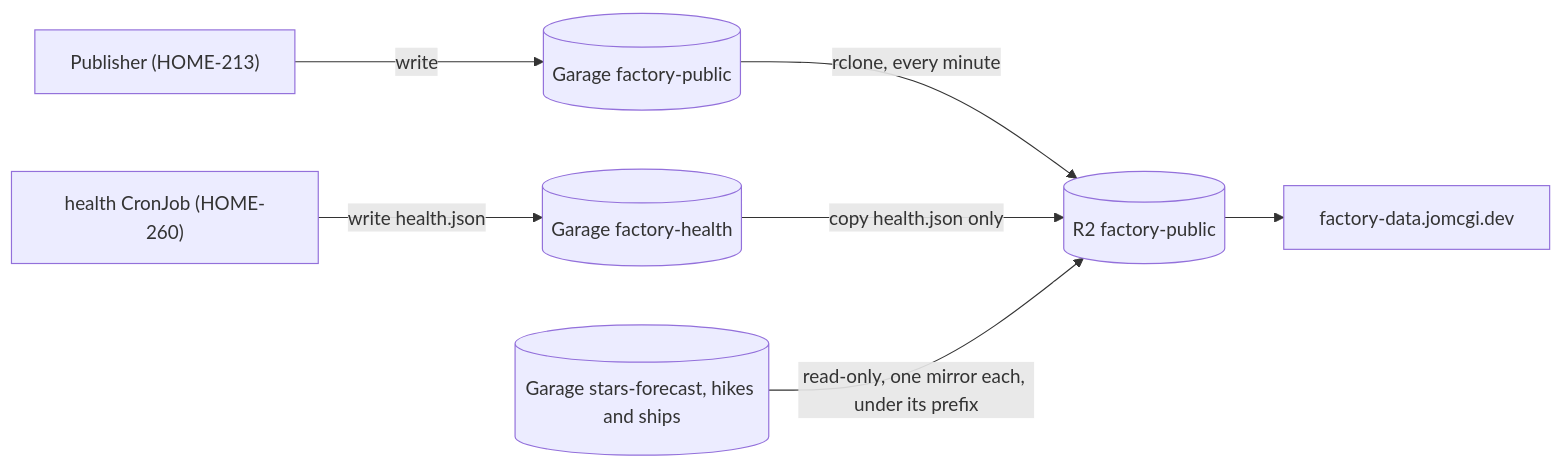
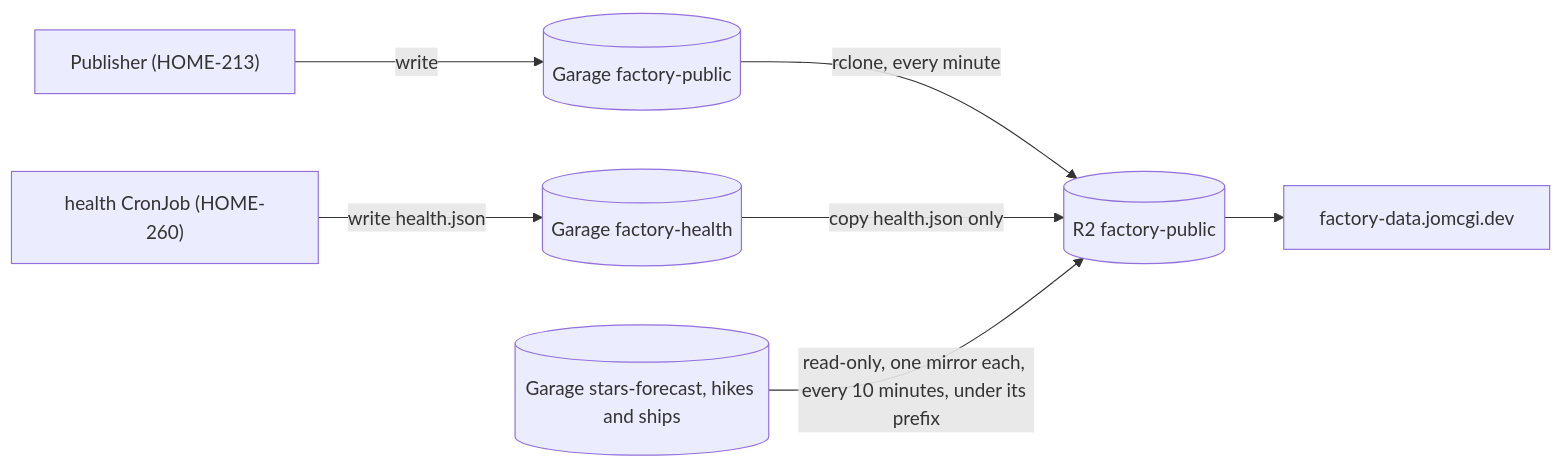
One commit to jomcgi-org/homelab changed the diagram in projects/factory-public/README.md. Above: the diagram before and after it, drawn with Mermaid. The commit also changed 16 other files, not shown here.

````diff
--- a/projects/factory-public/README.md
+++ b/projects/factory-public/README.md
@@ -11,9 +11,9 @@
 ```mermaid
 flowchart LR
   publisher["Publisher (HOME-213)"] -- write --> garage[("Garage factory-public")]
   health["health CronJob (HOME-260)"] -- "write health.json" --> hgarage[("Garage factory-health")]
   garage -- "rclone, every minute" --> r2[("R2 factory-public")]
   hgarage -- "copy health.json only" --> r2
-  sources[("Garage stars-forecast, hikes and ships")] -- "read-only, one mirror each, under its prefix" --> r2
+  sources[("Garage stars-forecast, hikes and ships")] -- "read-only, one mirror each, every 10 minutes, under its prefix" --> r2
   r2 --> cdn["factory-data.jomcgi.dev"]
 ```
````
